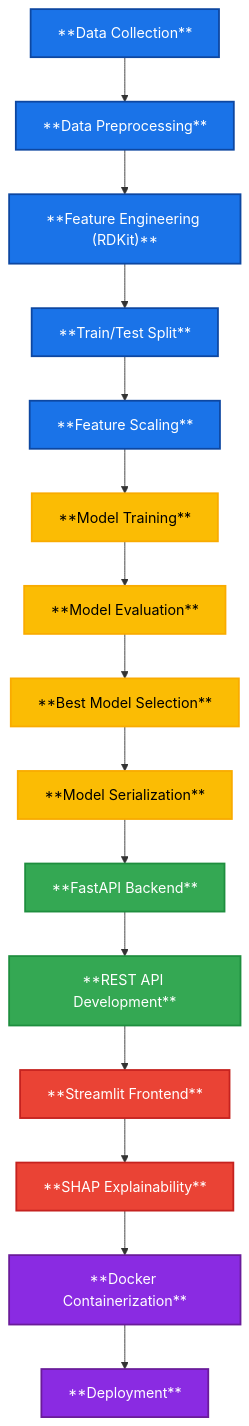
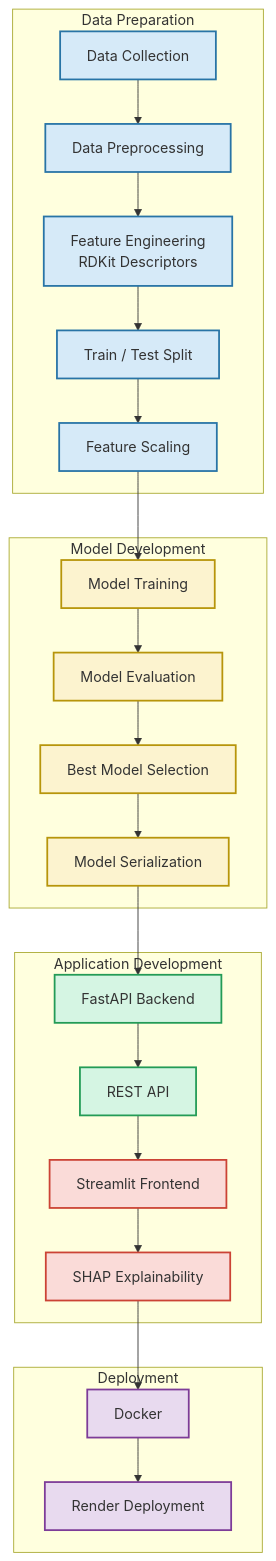
Before and after one commit to UzairRan/QSAR-AI-Drug-Predictor: the second of 2 diagrams in README.md, drawn with Mermaid. The commit also changed other lines of this file, not shown here.

````diff
--- a/README.md
+++ b/README.md
@@ -73,33 +147,68 @@
 ```mermaid
 flowchart TD
-    A["**Data Collection**"] --> B["**Data Preprocessing**"]
-    B --> C["**Feature Engineering (RDKit)**"]
-    C --> D["**Train/Test Split**"]
-    D --> E["**Feature Scaling**"]
-    E --> F["**Model Training**"]
-    F --> G["**Model Evaluation**"]
-    G --> H["**Best Model Selection**"]
-    H --> I["**Model Serialization**"]
-    I --> J["**FastAPI Backend**"]
-    J --> K["**REST API Development**"]
-    K --> L["**Streamlit Frontend**"]
-    L --> M["**SHAP Explainability**"]
-    M --> N["**Docker Containerization**"]
-    N --> O["**Deployment**"]
 
-    style A fill:#1a73e8,color:#fff,stroke:#0d47a1,stroke-width:2px
-    style B fill:#1a73e8,color:#fff,stroke:#0d47a1,stroke-width:2px
-    style C fill:#1a73e8,color:#fff,stroke:#0d47a1,stroke-width:2px
-    style D fill:#1a73e8,color:#fff,stroke:#0d47a1,stroke-width:2px
-    style E fill:#1a73e8,color:#fff,stroke:#0d47a1,stroke-width:2px
-    style F fill:#fbbc04,color:#000,stroke:#f9ab00,stroke-width:2px
-    style G fill:#fbbc04,color:#000,stroke:#f9ab00,stroke-width:2px
-    style H fill:#fbbc04,color:#000,stroke:#f9ab00,stroke-width:2px
-    style I fill:#fbbc04,color:#000,stroke:#f9ab00,stroke-width:2px
-    style J fill:#34a853,color:#fff,stroke:#1e8e3e,stroke-width:2px
-    style K fill:#34a853,color:#fff,stroke:#1e8e3e,stroke-width:2px
-    style L fill:#ea4335,color:#fff,stroke:#c5221f,stroke-width:2px
-    style M fill:#ea4335,color:#fff,stroke:#c5221f,stroke-width:2px
-    style N fill:#8A2BE2,color:#fff,stroke:#6a1b9a,stroke-width:2px
-    style O fill:#8A2BE2,color:#fff,stroke:#6a1b9a,stroke-width:2px
+subgraph Phase1["Data Preparation"]
+A[Data Collection]
+B[Data Preprocessing]
+C[Feature Engineering<br/>RDKit Descriptors]
+D[Train / Test Split]
+E[Feature Scaling]
+end
+
+subgraph Phase2["Model Development"]
+F[Model Training]
+G[Model Evaluation]
+H[Best Model Selection]
+I[Model Serialization]
+end
+
+subgraph Phase3["Application Development"]
+J[FastAPI Backend]
+K[REST API]
+L[Streamlit Frontend]
+M[SHAP Explainability]
+end
+
+subgraph Phase4["Deployment"]
+N[Docker]
+O[Render Deployment]
+end
+
+A --> B
+B --> C
+C --> D
+D --> E
+E --> F
+F --> G
+G --> H
+H --> I
+I --> J
+J --> K
+K --> L
+L --> M
+M --> N
+N --> O
+
+%% Data Preparation
+style A fill:#D6EAF8,stroke:#2874A6,stroke-width:2px
+style B fill:#D6EAF8,stroke:#2874A6,stroke-width:2px
+style C fill:#D6EAF8,stroke:#2874A6,stroke-width:2px
+style D fill:#D6EAF8,stroke:#2874A6,stroke-width:2px
+style E fill:#D6EAF8,stroke:#2874A6,stroke-width:2px
+
+%% Model Development
+style F fill:#FCF3CF,stroke:#B7950B,stroke-width:2px
+style G fill:#FCF3CF,stroke:#B7950B,stroke-width:2px
+style H fill:#FCF3CF,stroke:#B7950B,stroke-width:2px
+style I fill:#FCF3CF,stroke:#B7950B,stroke-width:2px
+
+%% Application Development
+style J fill:#D5F5E3,stroke:#239B56,stroke-width:2px
+style K fill:#D5F5E3,stroke:#239B56,stroke-width:2px
+style L fill:#FADBD8,stroke:#CB4335,stroke-width:2px
+style M fill:#FADBD8,stroke:#CB4335,stroke-width:2px
+
+%% Deployment
+style N fill:#E8DAEF,stroke:#7D3C98,stroke-width:2px
+style O fill:#E8DAEF,stroke:#7D3C98,stroke-width:2px
 ```
````
